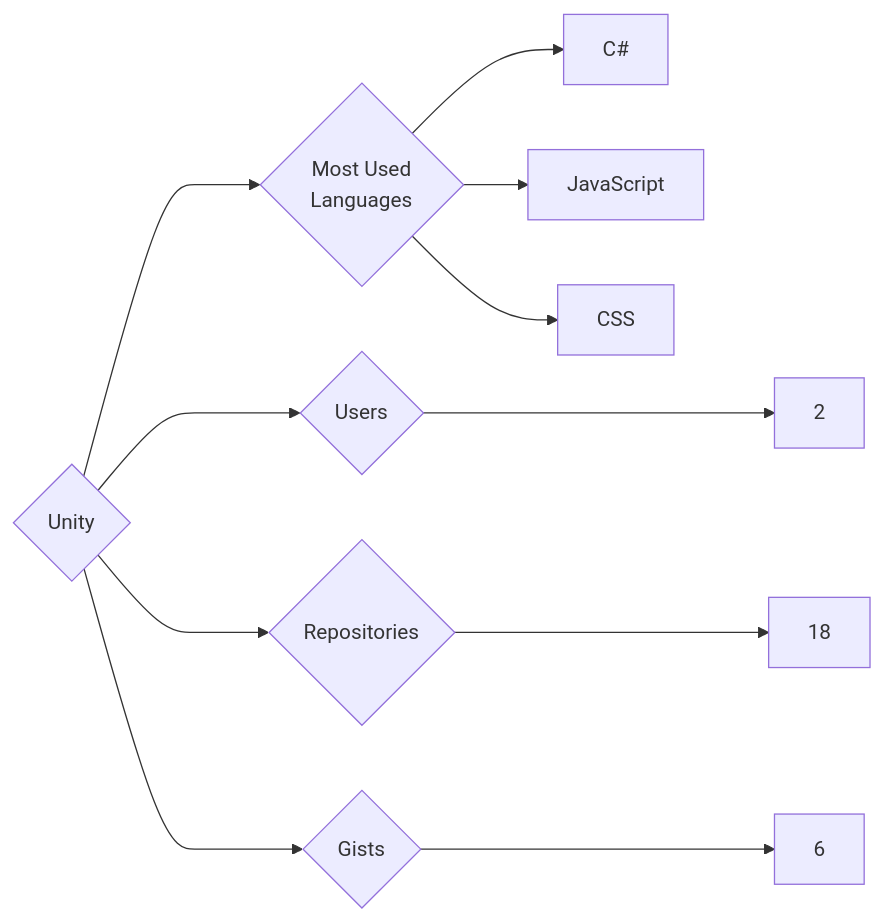
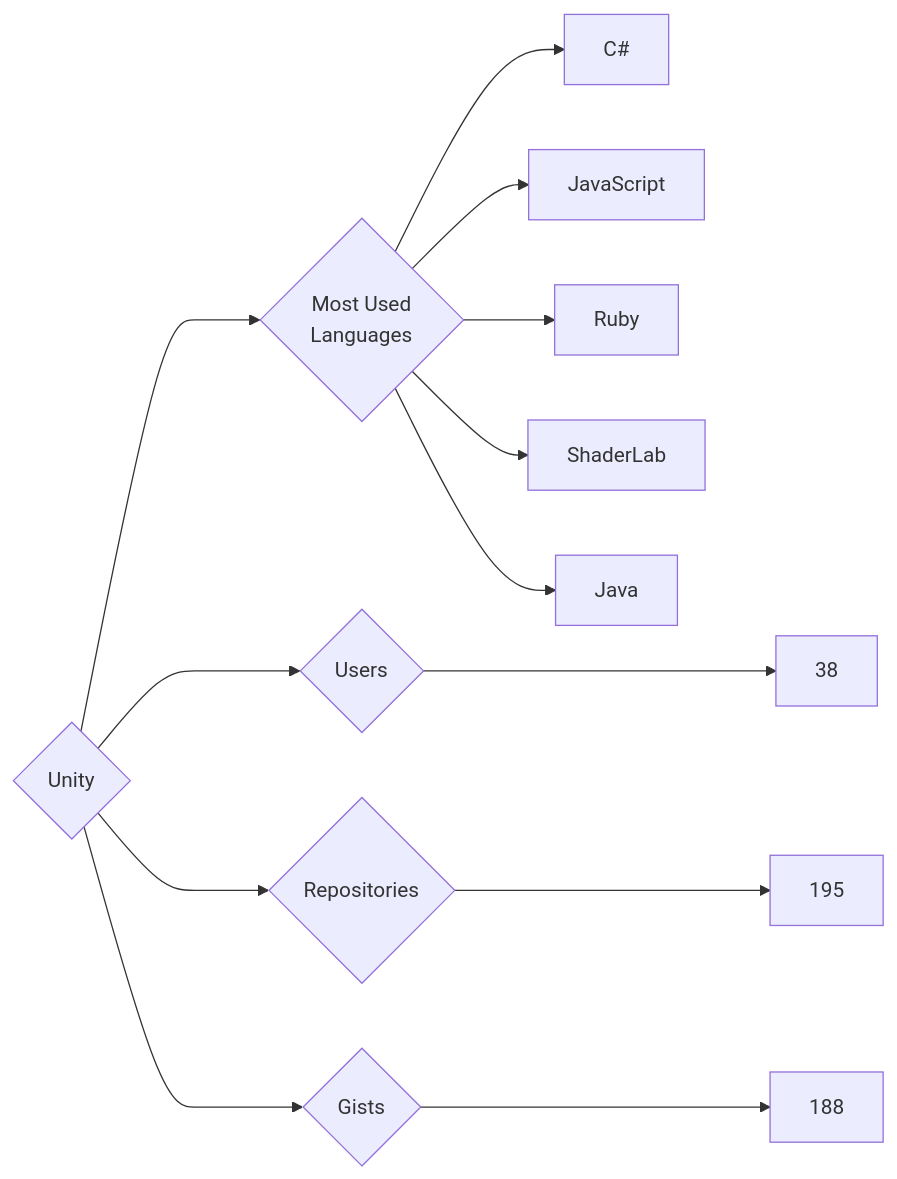
The diagram in targets/Unity/README.md (trickest/insiders), drawn with Mermaid before and after one commit. The commit also changed 972 other files, not shown here.

````diff
--- a/targets/Unity/README.md
+++ b/targets/Unity/README.md
@@ -3,11 +3,13 @@
 ```mermaid
 graph LR
 COMPANY_NAME{Unity}
-COMPANY_NAME ---> U{Users} ---> UN[2]
-COMPANY_NAME ---> R{Repositories} ---> RN[18]
-COMPANY_NAME ---> G{Gists} ---> GN[6]
+COMPANY_NAME ---> U{Users} ---> UN[38]
+COMPANY_NAME ---> R{Repositories} ---> RN[195]
+COMPANY_NAME ---> G{Gists} ---> GN[188]
 COMPANY_NAME ---> ML{Most Used<br>Languages}
 ML --> C#[C#]
 ML --> JavaScript[JavaScript]
-ML --> CSS[CSS]
+ML --> Ruby[Ruby]
+ML --> ShaderLab[ShaderLab]
+ML --> Java[Java]
 ```
````
